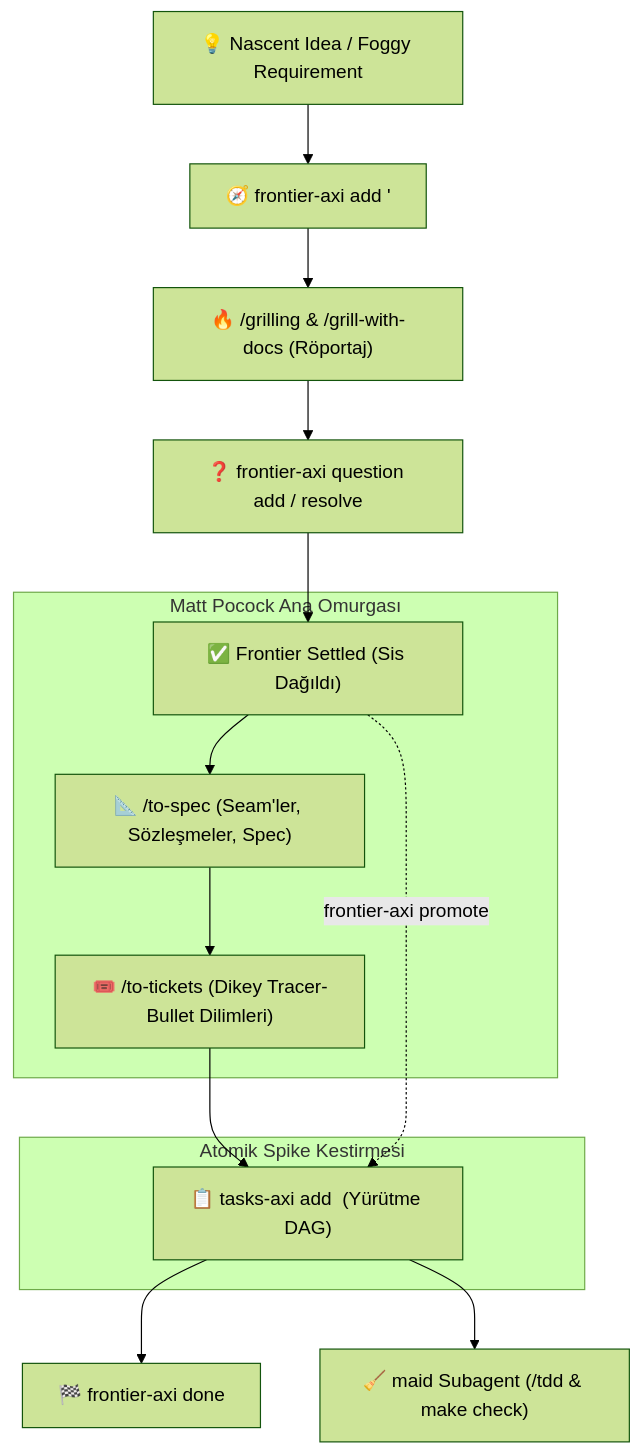
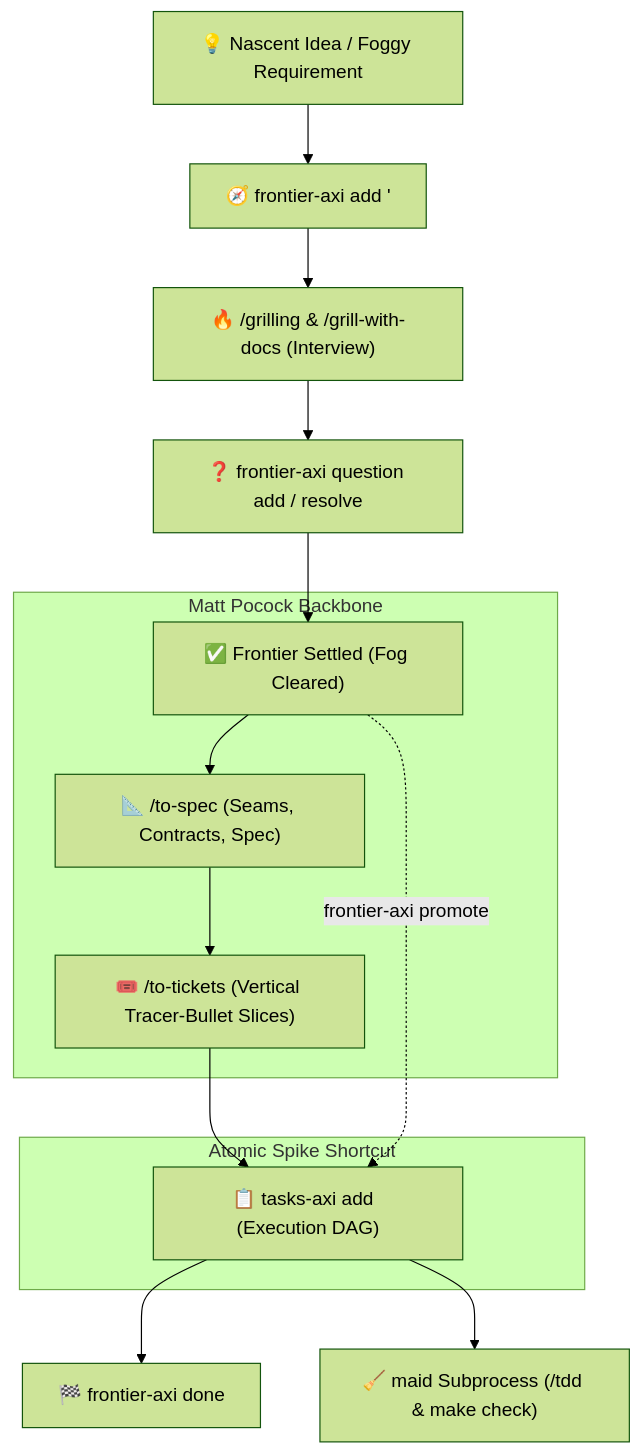
One commit to oguzalp7/code-manor changed the diagram in skills/frontier-axi/SKILL.md. Above: the diagram before and after it, drawn with Mermaid (forest theme). The commit also changed other lines of this file and 16 other files, not shown here.

````diff
--- a/skills/frontier-axi/SKILL.md
+++ b/skills/frontier-axi/SKILL.md
@@ -38,20 +38,20 @@
 ```mermaid
 flowchart TD
     Idea["💡 Nascent Idea / Foggy Requirement"] --> Stage["🧭 frontier-axi add <id> '<title>'"]
-    Stage --> Grilling["🔥 /grilling & /grill-with-docs (Röportaj)"]
+    Stage --> Grilling["🔥 /grilling & /grill-with-docs (Interview)"]
     Grilling --> Questions["❓ frontier-axi question add / resolve"]
-    Questions --> Settled["✅ Frontier Settled (Sis Dağıldı)"]
+    Questions --> Settled["✅ Frontier Settled (Fog Cleared)"]
     
-    subgraph Spec_And_Slice ["Matt Pocock Ana Omurgası"]
-        Settled --> ToSpec["📐 /to-spec (Seam'ler, Sözleşmeler, Spec)"]
-        ToSpec --> ToTickets["🎟️ /to-tickets (Dikey Tracer-Bullet Dilimleri)"]
+    subgraph Spec_And_Slice ["Matt Pocock Backbone"]
+        Settled --> ToSpec["📐 /to-spec (Seams, Contracts, Spec)"]
+        ToSpec --> ToTickets["🎟️ /to-tickets (Vertical Tracer-Bullet Slices)"]
     end
     
-    ToTickets --> TasksAxi["📋 tasks-axi add <id> (Yürütme DAG)"]
+    ToTickets --> TasksAxi["📋 tasks-axi add <id> (Execution DAG)"]
     TasksAxi --> FrontierClose["🏁 frontier-axi done <id>"]
-    TasksAxi --> Maid["🧹 maid Subagent (/tdd & make check)"]
+    TasksAxi --> Maid["🧹 maid Subprocess (/tdd & make check)"]
     
-    subgraph Fast_Path ["Atomik Spike Kestirmesi"]
+    subgraph Fast_Path ["Atomic Spike Shortcut"]
         Settled -.->|"frontier-axi promote <id>"| TasksAxi
     end
 ```
````
